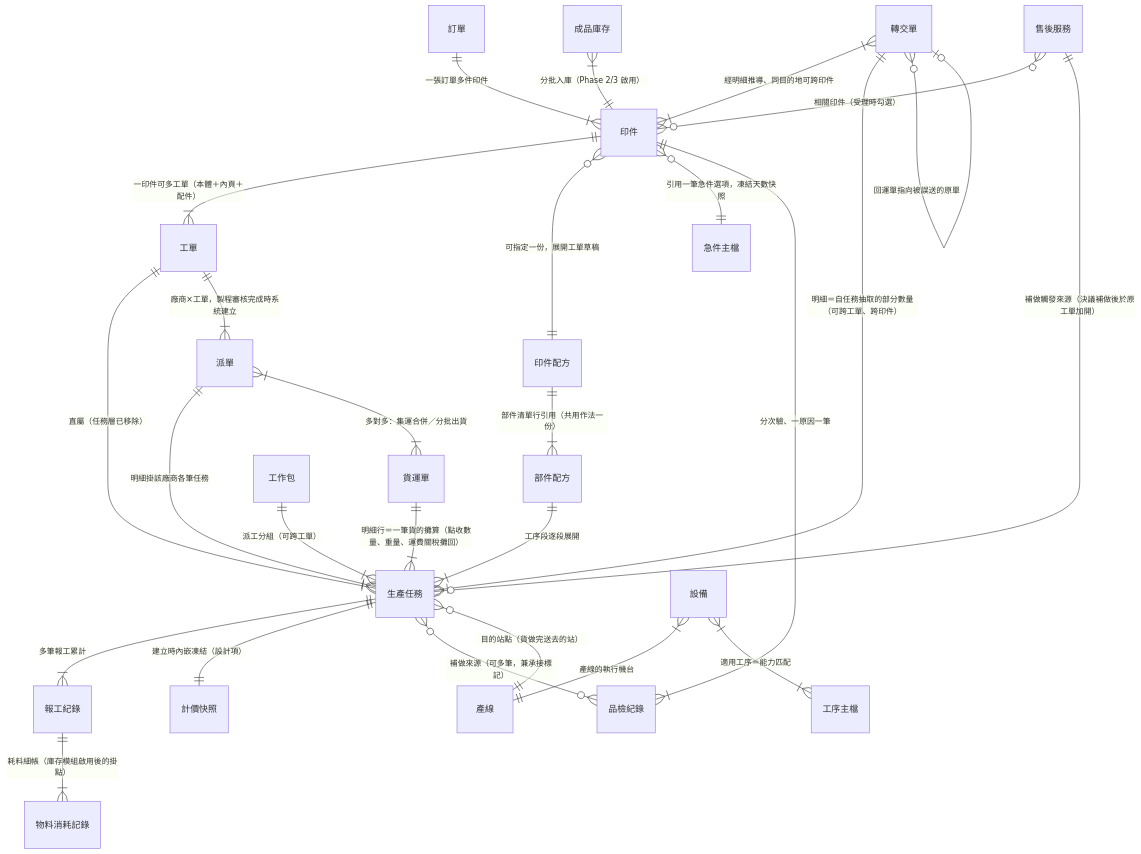
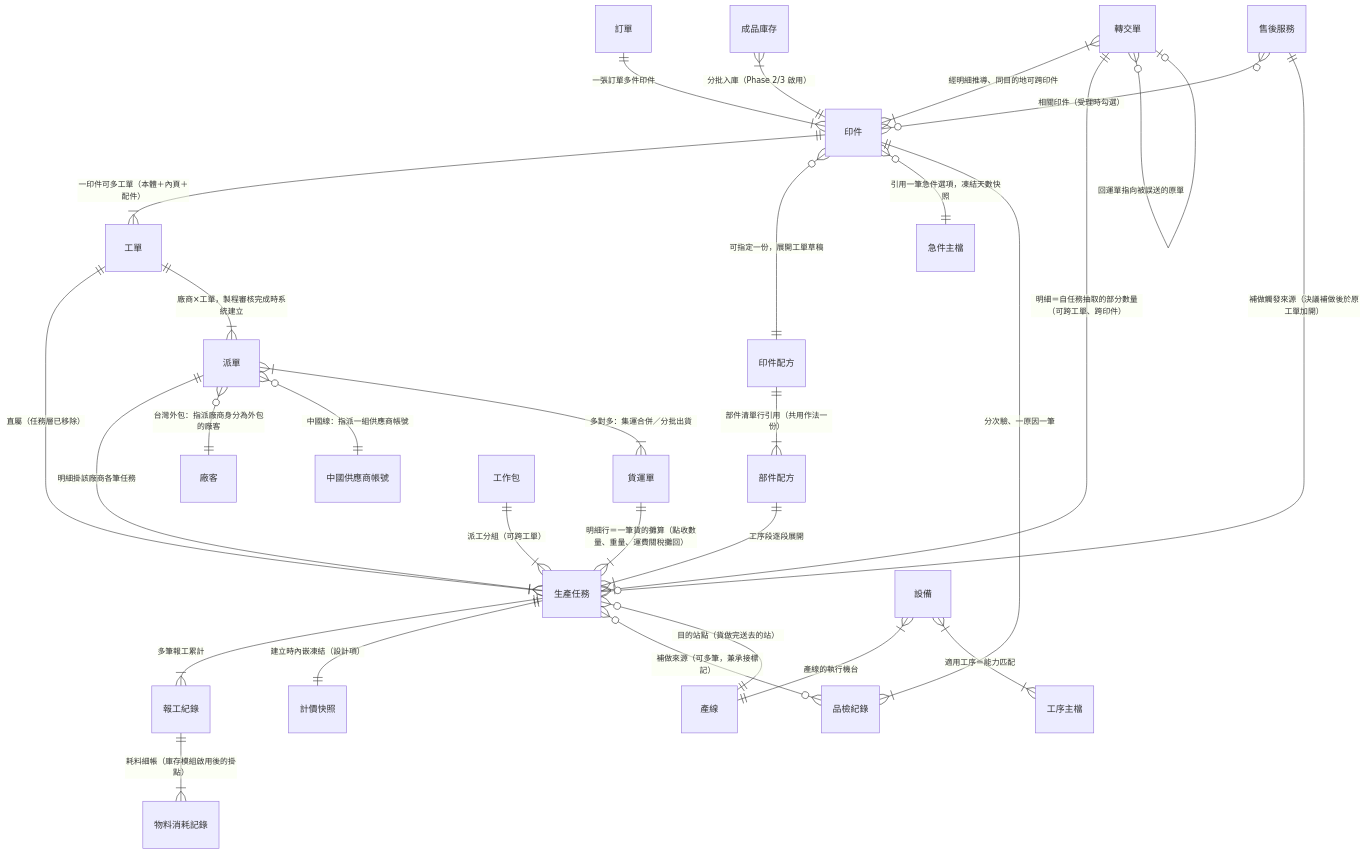
One commit to Kawato-Miles/erp-spec changed the first of 4 diagrams in memory/Sens_wiki/wiki/erp/05-entities/生產領域資料結構總覽.md. Above: the diagram before and after it, drawn with Mermaid. The commit also changed other lines of this file and 55 other files, not shown here.

````diff
--- a/memory/Sens_wiki/wiki/erp/05-entities/生產領域資料結構總覽.md
+++ b/memory/Sens_wiki/wiki/erp/05-entities/生產領域資料結構總覽.md
@@ -21,29 +21,31 @@
 ```mermaid
 erDiagram
     "訂單" ||--|{ "印件" : "一張訂單多件印件"
     "印件" ||--|{ "工單" : "一印件可多工單（本體＋內頁＋配件）"
     "印件" }o--|| "印件配方" : "可指定一份，展開工單草稿"
     "印件" }o--|| "急件主檔" : "引用一筆急件選項，凍結天數快照"
     "印件配方" ||--|{ "部件配方" : "部件清單行引用（共用作法一份）"
     "部件配方" ||--|{ "生產任務" : "工序段逐段展開"
     "工單" ||--|{ "生產任務" : "直屬（任務層已移除）"
     "生產任務" ||--|{ "報工紀錄" : "多筆報工累計"
     "報工紀錄" ||--|{ "物料消耗記錄" : "耗料細帳（庫存模組啟用後的掛點）"
     "生產任務" ||--|| "計價快照" : "建立時內嵌凍結（設計項）"
     "工單" ||--|{ "派單" : "廠商×工單，製程審核完成時系統建立"
     "派單" ||--|{ "生產任務" : "明細掛該廠商各筆任務"
+    "派單" }o--|| "廠客" : "台灣外包：指派廠商身分為外包的廠客"
+    "派單" }o--|| "中國供應商帳號" : "中國線：指派一組供應商帳號"
     "派單" }|--|{ "貨運單" : "多對多：集運合併／分批出貨"
     "貨運單" ||--|{ "生產任務" : "明細行＝一筆貨的攤算（點收數量、重量、運費關稅攤回）"
     "轉交單" }|--|{ "印件" : "經明細推導、同目的地可跨印件"
     "轉交單" ||--|{ "生產任務" : "明細＝自任務抽取的部分數量（可跨工單、跨印件）"
     "轉交單" }o--o| "轉交單" : "回運單指向被誤送的原單"
     "品檢紀錄" }|--|| "印件" : "分次驗、一原因一筆"
     "生產任務" }o--o{ "品檢紀錄" : "補做來源（可多筆，兼承接標記）"
     "工作包" ||--|{ "生產任務" : "派工分組（可跨工單）"
     "設備" }|--|| "產線" : "產線的執行機台"
     "生產任務" }o--|| "產線" : "目的站點（貨做完送去的站）"
     "設備" }|--|{ "工序主檔" : "適用工序＝能力匹配"
     "成品庫存" }|--|| "印件" : "分批入庫（Phase 2/3 啟用）"
     "售後服務" }o--o{ "印件" : "相關印件（受理時勾選）"
     "售後服務" ||--o{ "生產任務" : "補做觸發來源（決議補做後於原工單加開）"
 ```
````
